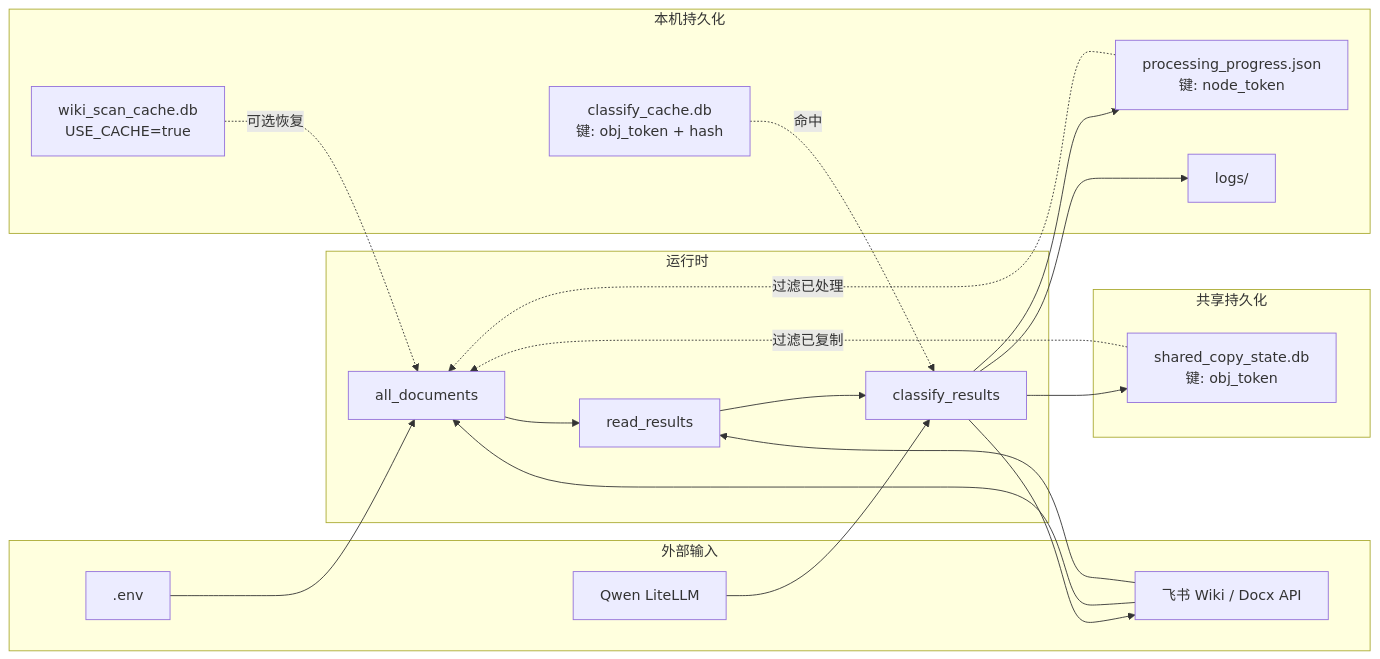
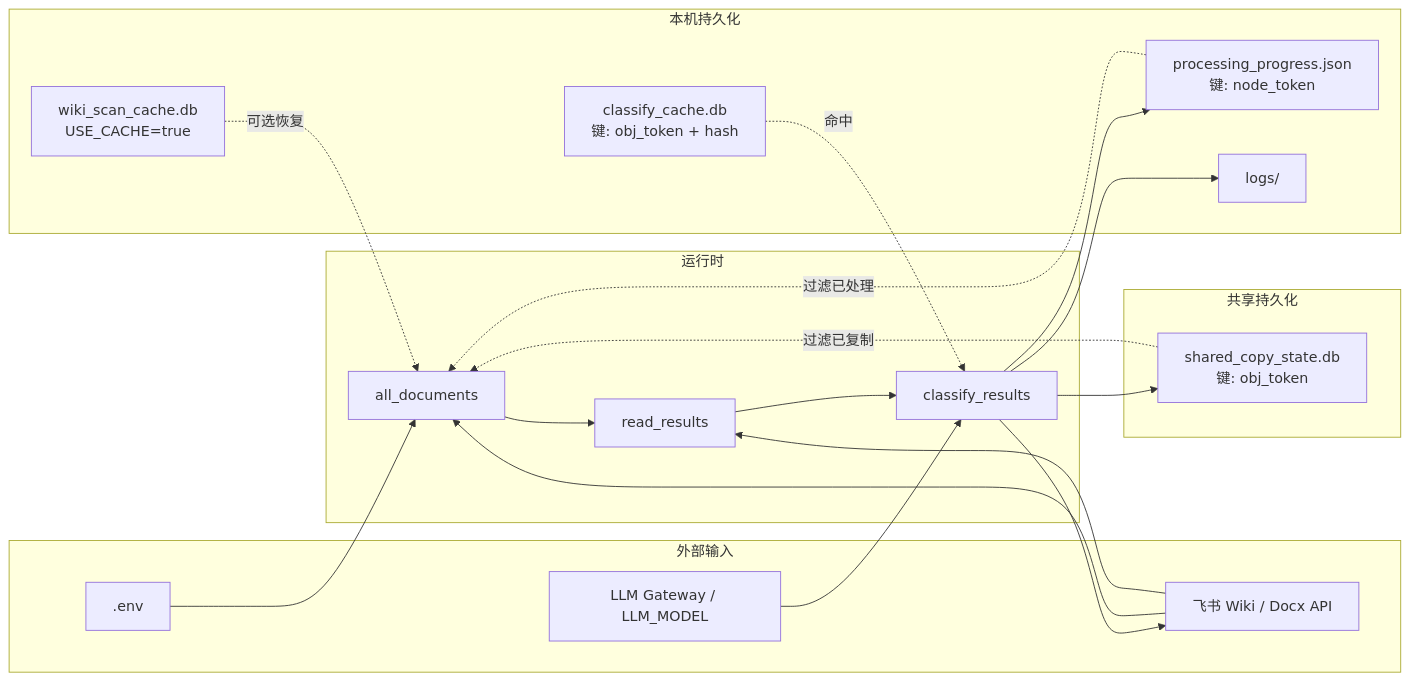
Before and after one commit to Leonard49/AI_DocClassifier: the tenth of 10 diagrams in docs/AI_DocClassifier说明文档.md, drawn with Mermaid. The commit also changed other lines of this file and 5 other files, not shown here.

First line of the commit message:
Replace Qwen-specific classifier with generic LLM tree classifier and configurable model settings.

````diff
--- a/docs/AI_DocClassifier说明文档.md
+++ b/docs/AI_DocClassifier说明文档.md
@@ -807,42 +812,42 @@
 ```mermaid
 flowchart LR
     subgraph INPUT["外部输入"]
         ENV[".env"]
         FEISHU["飞书 Wiki / Docx API"]
-        LLM["Qwen LiteLLM"]
+        LLM["LLM Gateway / LLM_MODEL"]
     end
 
     subgraph RUNTIME["运行时"]
         DOCS["all_documents"]
         READ["read_results"]
         TAGS["classify_results"]
     end
 
     subgraph LOCAL["本机持久化"]
         PP["processing_progress.json<br/>键: node_token"]
         CC["classify_cache.db<br/>键: obj_token + hash"]
         WC["wiki_scan_cache.db<br/>USE_CACHE=true"]
         LOG["logs/"]
     end
 
     subgraph SHARED["共享持久化"]
         SS["shared_copy_state.db<br/>键: obj_token"]
     end
 
     ENV --> DOCS
     FEISHU --> DOCS
     WC -.->|可选恢复| DOCS
     PP -.->|过滤已处理| DOCS
     SS -.->|过滤已复制| DOCS
 
     DOCS --> READ
     FEISHU --> READ
     READ --> TAGS
     CC -.->|命中| TAGS
     LLM --> TAGS
 
     TAGS --> FEISHU
     TAGS --> PP
     TAGS --> SS
     TAGS --> LOG
 ```
````
